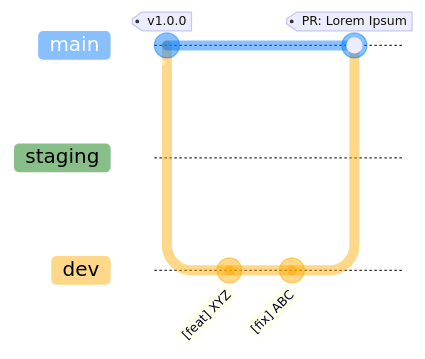
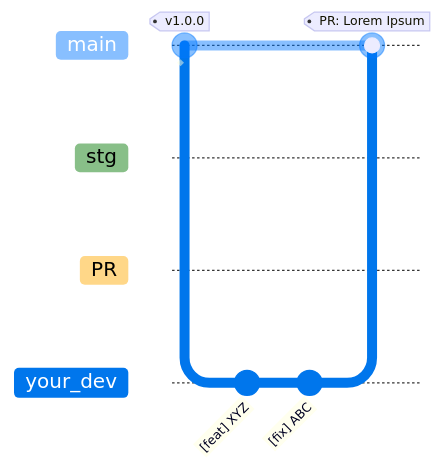
One commit to LucasGoncSilva/swarden changed the second of 3 diagrams in .github/CONTRIBUTING.md. Above: the diagram before and after it, drawn with Mermaid. The commit also changed other lines of this file and 1 other file, not shown here.

````diff
--- a/.github/CONTRIBUTING.md
+++ b/.github/CONTRIBUTING.md
@@ -119,17 +122,18 @@
 ```mermaid
 %%{init: { 'logLevel': 'debug', 'themeVariables': {
             'git0': '#0077ff77',
             'git1': '#00770077',
             'git2': '#ffaa0077'
     } } }%%
 
 gitGraph
     commit id: " " tag: "v1.0.0"
-    branch staging
-    branch dev
-    checkout dev
+    branch stg
+    branch PR
+    branch your_dev
+    checkout your_dev
     commit id: "[feat] XYZ"
     commit id: "[fix] ABC"
     checkout main
-    merge dev tag: "PR: Lorem Ipsum"
+    merge your_dev tag: "PR: Lorem Ipsum"
 ```
````
